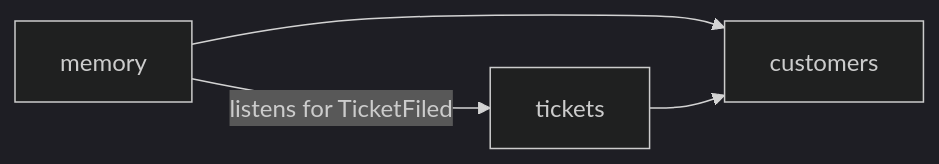
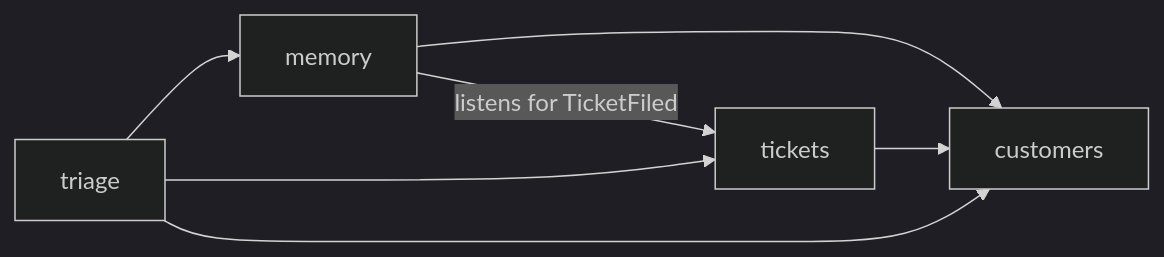
The diagram in examples/examples-java/README.md (embabel/dice), drawn with Mermaid (dark theme) before and after one commit. The commit also changed other lines of this file and 6 other files, not shown here.

````diff
--- a/examples/examples-java/README.md
+++ b/examples/examples-java/README.md
@@ -23,6 +27,9 @@
 ```mermaid
 flowchart LR
     memory -- listens for TicketFiled --> tickets
     memory --> customers
     tickets --> customers
+    triage --> memory
+    triage --> tickets
+    triage --> customers
 ```
````
